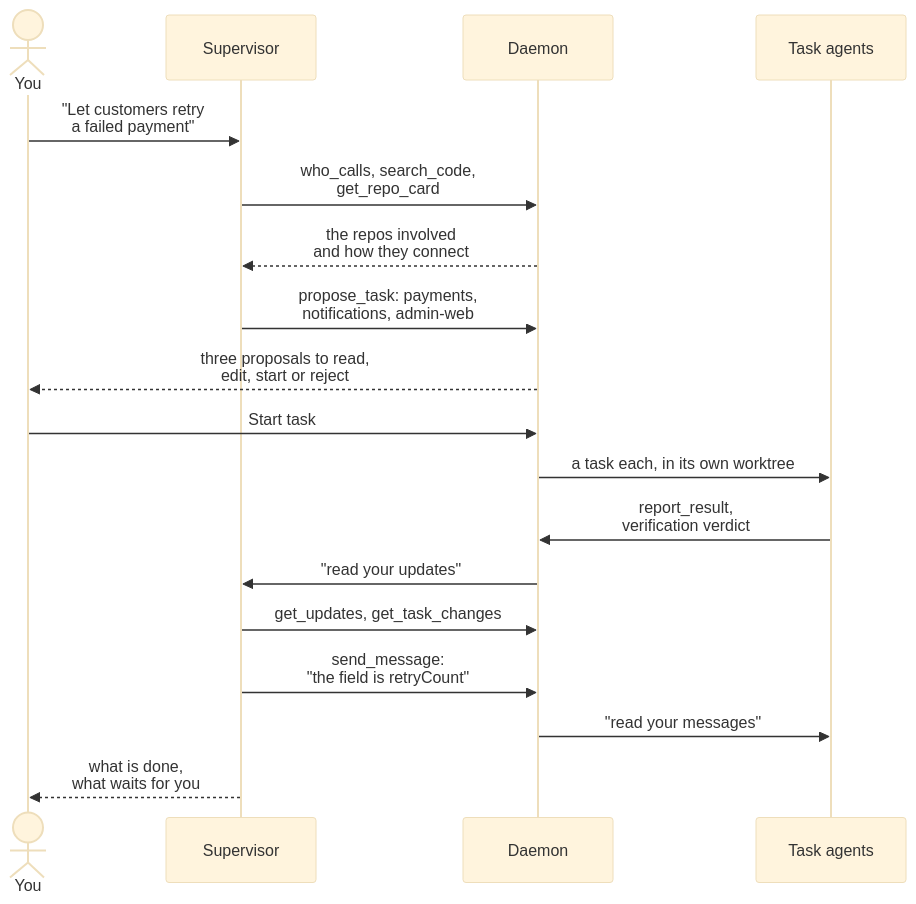
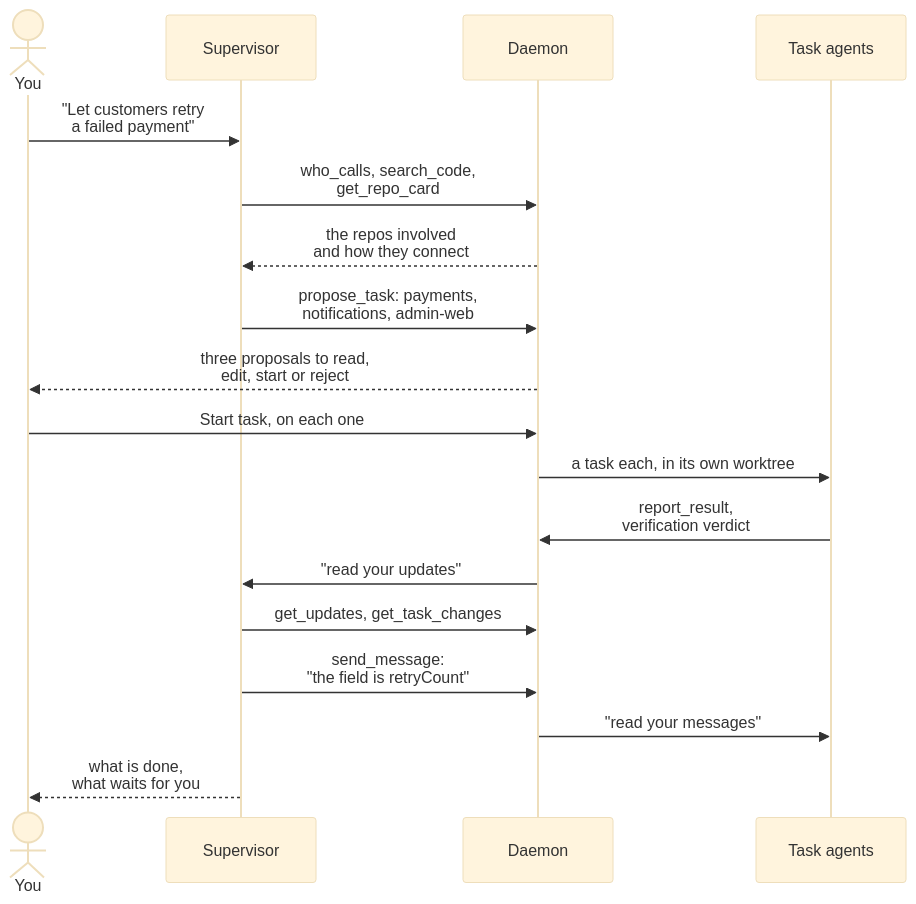
One commit to jakubprill/trackwall changed the fourth of 6 diagrams in apps/docs/guide/key-flows.md. Above: the diagram before and after it, drawn with Mermaid (base theme). The commit also changed other lines of this file and 10 other files, not shown here.

First line of the commit message:
Correct the guide pages after the review, and check every diagram parses

````diff
--- a/apps/docs/guide/key-flows.md
+++ b/apps/docs/guide/key-flows.md
@@ -69,20 +69,20 @@
 ```mermaid
 sequenceDiagram
   actor You
   participant S as Supervisor
   participant D as Daemon
   participant T as Task agents
   You->>S: "Let customers retry<br/>a failed payment"
   S->>D: who_calls, search_code,<br/>get_repo_card
   D-->>S: the repos involved<br/>and how they connect
   S->>D: propose_task: payments,<br/>notifications, admin-web
   D-->>You: three proposals to read,<br/>edit, start or reject
-  You->>D: Start task
+  You->>D: Start task, on each one
   D->>T: a task each, in its own worktree
   T->>D: report_result,<br/>verification verdict
   D->>S: "read your updates"
   S->>D: get_updates, get_task_changes
   S->>D: send_message:<br/>"the field is retryCount"
   D->>T: "read your messages"
   S-->>You: what is done,<br/>what waits for you
 ```
````
